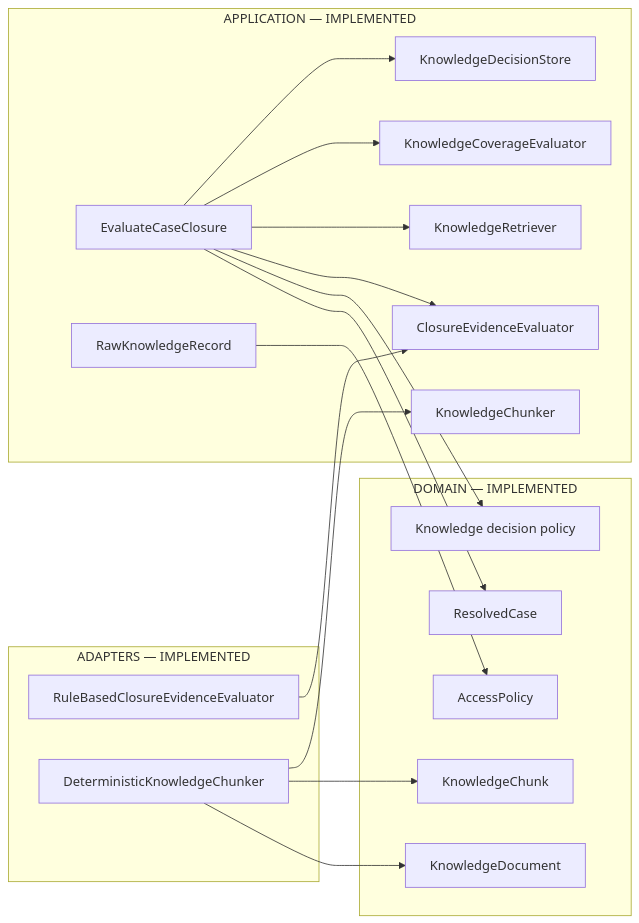
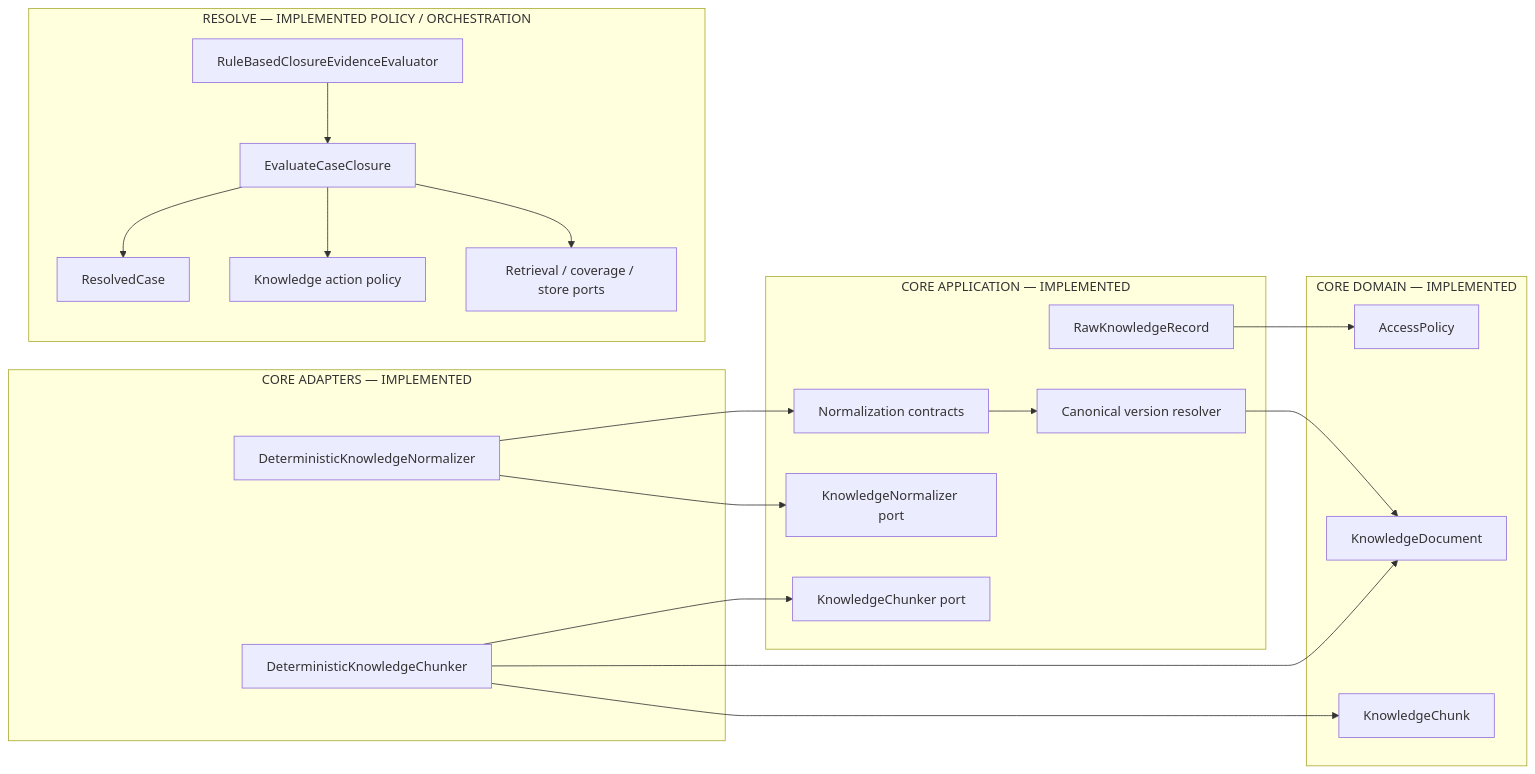
One commit to kumarchandansingh/tropos changed the third of 7 diagrams in docs/architecture/ARCHITECTURE_OVERVIEW.md. Above: the diagram before and after it, drawn with Mermaid. The commit also changed other lines of this file and 23 other files, not shown here.

First line of the commit message:
feat: add deterministic normalization and canonical versioning

````diff
--- a/docs/architecture/ARCHITECTURE_OVERVIEW.md
+++ b/docs/architecture/ARCHITECTURE_OVERVIEW.md
@@ -34,37 +60,42 @@
 ```mermaid
 flowchart LR
-    subgraph Domain[DOMAIN — IMPLEMENTED]
-      RC[ResolvedCase]
+    subgraph CoreDomain[CORE DOMAIN — IMPLEMENTED]
       AP[AccessPolicy]
       KD[KnowledgeDocument]
       KC[KnowledgeChunk]
-      KA[Knowledge decision policy]
     end
 
-    subgraph Application[APPLICATION — IMPLEMENTED]
-      ECC[EvaluateCaseClosure]
+    subgraph CoreApp[CORE APPLICATION — IMPLEMENTED]
       RR[RawKnowledgeRecord]
-      P1[ClosureEvidenceEvaluator]
-      P2[KnowledgeRetriever]
-      P3[KnowledgeCoverageEvaluator]
-      P4[KnowledgeDecisionStore]
-      P5[KnowledgeChunker]
+      NT[Normalization contracts]
+      VR[Canonical version resolver]
+      NP[KnowledgeNormalizer port]
+      CP[KnowledgeChunker port]
     end
 
-    subgraph Adapters[ADAPTERS — IMPLEMENTED]
-      CE[RuleBasedClosureEvidenceEvaluator]
+    subgraph CoreAdapters[CORE ADAPTERS — IMPLEMENTED]
+      DN[DeterministicKnowledgeNormalizer]
       DC[DeterministicKnowledgeChunker]
     end
 
+    subgraph Resolve[RESOLVE — IMPLEMENTED POLICY / ORCHESTRATION]
+      RC[ResolvedCase]
+      ECC[EvaluateCaseClosure]
+      KA[Knowledge action policy]
+      CE[RuleBasedClosureEvidenceEvaluator]
+      RP[Retrieval / coverage / store ports]
+    end
+
+    RR --> AP
+    DN --> NT
+    DN --> NP
+    NT --> VR
+    VR --> KD
+    DC --> CP
+    DC --> KD
+    DC --> KC
     ECC --> RC
     ECC --> KA
-    ECC --> P1
-    ECC --> P2
-    ECC --> P3
-    ECC --> P4
-    RR --> AP
-    DC --> KD
-    DC --> KC
-    CE --> P1
-    DC --> P5
+    ECC --> RP
+    CE --> ECC
 ```
````
